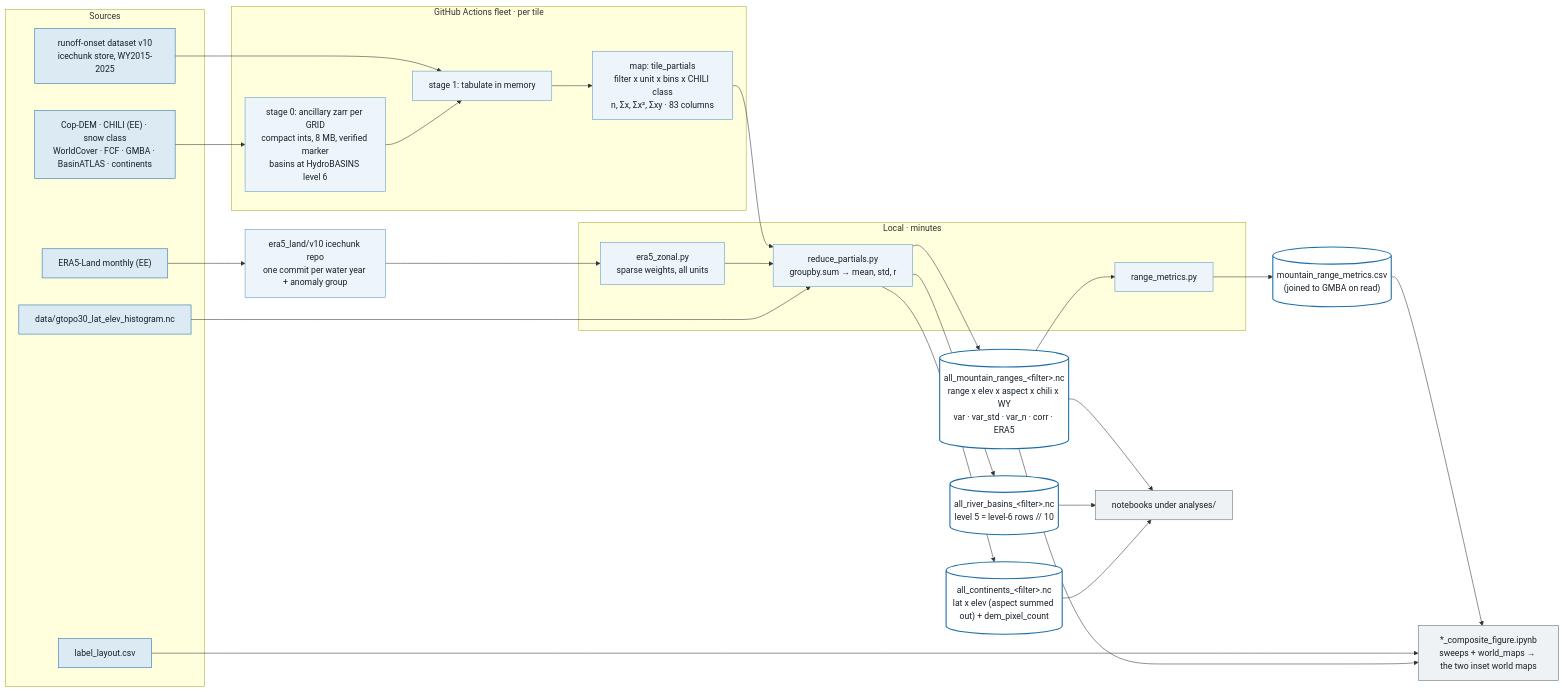
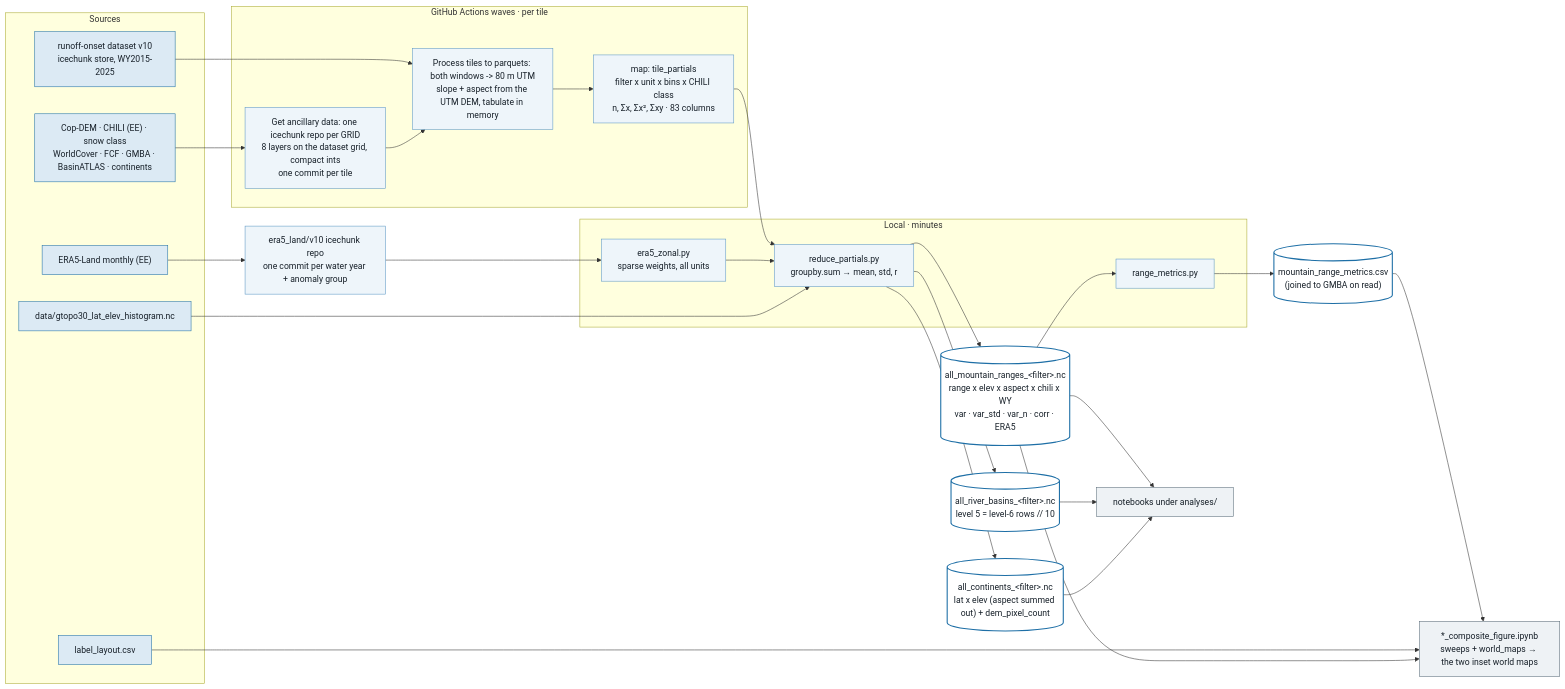
One commit to egagli/global_snowmelt_runoff_onset_analysis changed the second of 2 diagrams in docs/aggregation_lineage.md. Above: the diagram before and after it, drawn with Mermaid. The commit also changed other lines of this file and 18 other files, not shown here.

Commit message:
Three waves: ERA5Land, ancillary as one icechunk repo on the dataset grid, tiles processed to parquets on UTM.

````diff
--- a/docs/aggregation_lineage.md
+++ b/docs/aggregation_lineage.md
@@ -56,40 +56,40 @@
 ```mermaid
 flowchart LR
   classDef src fill:#DCEAF4,stroke:#1E6FA6,color:#172029
   classDef mid fill:#EEF5FA,stroke:#5C97C4,color:#172029
   classDef out fill:#FFFFFF,stroke:#1E6FA6,color:#172029,stroke-width:2px
   classDef use fill:#EEF2F5,stroke:#5A6B78,color:#172029
   subgraph S["Sources"]
     ds["runoff-onset dataset v10<br/>icechunk store, WY2015-2025"]:::src
     anc["Cop-DEM · CHILI (EE) · snow class<br/>WorldCover · FCF · GMBA · BasinATLAS · continents"]:::src
     era["ERA5-Land monthly (EE)"]:::src
     gt["data/gtopo30_lat_elev_histogram.nc"]:::src
     lay["label_layout.csv"]:::src
   end
-  subgraph F["GitHub Actions fleet · per tile"]
-    a0["stage 0: ancillary zarr per GRID<br/>compact ints, 8 MB, verified marker<br/>basins at HydroBASINS level 6"]:::mid
-    a1["stage 1: tabulate in memory"]:::mid
+  subgraph F["GitHub Actions waves · per tile"]
+    a0["Get ancillary data: one icechunk repo per GRID<br/>8 layers on the dataset grid, compact ints<br/>one commit per tile"]:::mid
+    a1["Process tiles to parquets: both windows -> 80 m UTM<br/>slope + aspect from the UTM DEM, tabulate in memory"]:::mid
     m["map: tile_partials<br/>filter x unit x bins x CHILI class<br/>n, Σx, Σx², Σxy · 83 columns"]:::mid
   end
   subgraph L["Local · minutes"]
     r["reduce_partials.py<br/>groupby.sum → mean, std, r"]:::mid
     z["era5_zonal.py<br/>sparse weights, all units"]:::mid
     k["range_metrics.py"]:::mid
   end
   e1["era5_land/v10 icechunk repo<br/>one commit per water year + anomaly group"]:::mid
   cube[("all_mountain_ranges_&lt;filter&gt;.nc<br/>range x elev x aspect x chili x WY<br/>var · var_std · var_n · corr · ERA5")]:::out
   cubeb[("all_river_basins_&lt;filter&gt;.nc<br/>level 5 = level-6 rows // 10")]:::out
   cubec[("all_continents_&lt;filter&gt;.nc<br/>lat x elev (aspect summed out) + dem_pixel_count")]:::out
   res[("mountain_range_metrics.csv<br/>(joined to GMBA on read)")]:::out
   nb["notebooks under analyses/"]:::use
   nb2["*_composite_figure.ipynb<br/>sweeps + world_maps → the two inset world maps"]:::use
   ds --> a1
   anc --> a0 --> a1 --> m --> r
   era --> e1 --> z --> r
   gt --> r
   r --> cube & cubeb & cubec
   cube --> k --> res --> nb2
   lay --> nb2
   cube & cubeb & cubec --> nb
   cube --> nb2
 ```
````
